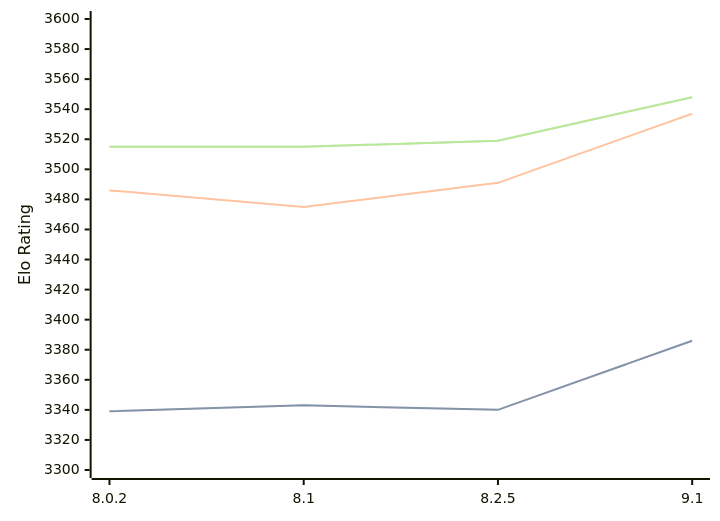
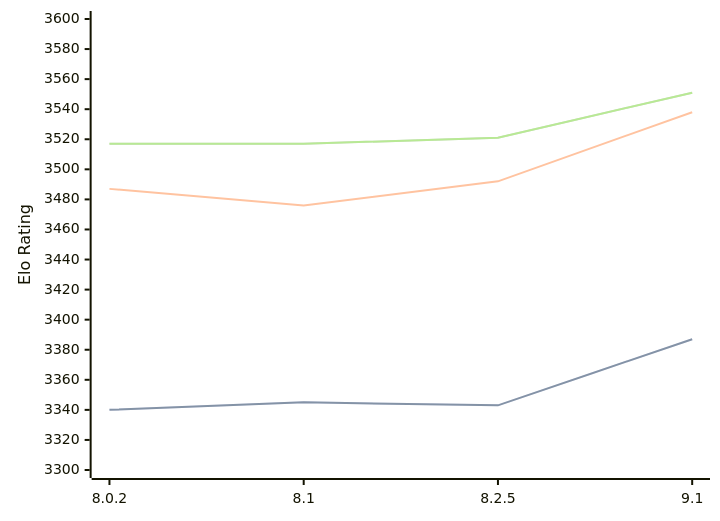
Before and after one commit to computer-chess-index/cci: the diagram in engines/Clover.md, drawn with Mermaid. The commit also changed other lines of this file, not shown here.

Commit message:
Update CCI Ratings (ELO VLTC) - 2026-09-01

````diff
--- a/engines/Clover.md
+++ b/engines/Clover.md
@@ -35,11 +35,11 @@
 ```mermaid
 %%{init: {"theme":"base","themeVariables":{"seriesColors:['#a3a3a3','#222221','#faa371']}}}%%
 xychart-beta
   x-axis ["8.0.2", "8.1", "8.2.5", "9.1"]
   y-axis "Elo Rating" 3300 --> 3600
-  line "" [3339, 3343, 3340, 3386]
-  line "STC (8.0+0.08s)" [3339, 3343, 3340, 3386]
-  line "LTC (60.0+0.60s)" [3486, 3475, 3491, 3537]
-  line "" [3515, 3515, 3519, 3548]
-  line "VLTC (2m24s+1.12s)" [3515, 3515, 3519, 3548]
+  line "" [3340, 3345, 3343, 3387]
+  line "STC (8.0+0.08s)" [3340, 3345, 3343, 3387]
+  line "LTC (60.0+0.60s)" [3487, 3476, 3492, 3538]
+  line "" [3517, 3517, 3521, 3551]
+  line "VLTC (2m24s+1.12s)" [3517, 3517, 3521, 3551]
 ```
````
